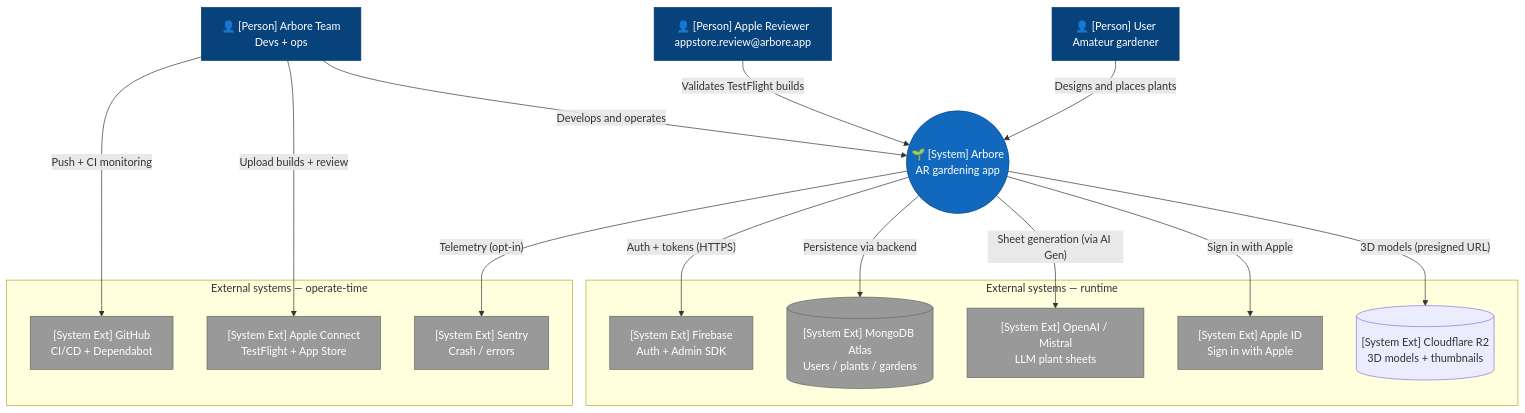
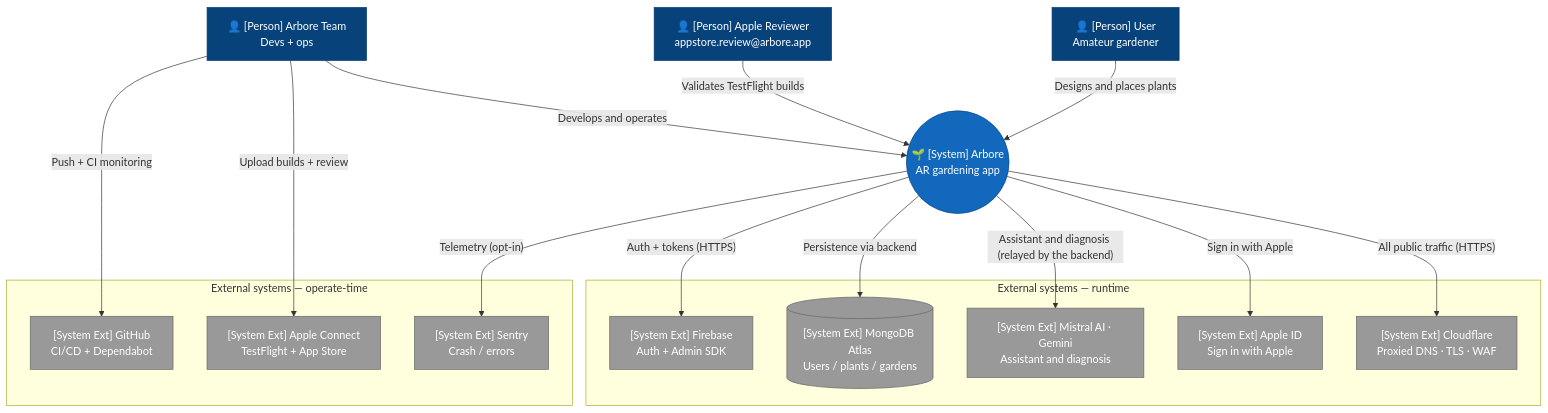
Before and after one commit to ArboreTeam/Arbore: the diagram in docs/en/architecture/01-context.md, drawn with Mermaid. The commit also changed other lines of this file and 3 other files, not shown here.

````diff
--- a/docs/en/architecture/01-context.md
+++ b/docs/en/architecture/01-context.md
@@ -9,47 +9,47 @@
 ```mermaid
 flowchart TB
     %% Actors
     user["👤 [Person] User<br/>Amateur gardener"]
     reviewer["👤 [Person] Apple Reviewer<br/>appstore.review@arbore.app"]
     team["👤 [Person] Arbore Team<br/>Devs + ops"]
 
     %% Central system
     arbore(("🌱 [System] Arbore<br/>AR gardening app"))
 
     %% External systems — runtime
     subgraph runtime["External systems — runtime"]
         firebase["[System Ext] Firebase<br/>Auth + Admin SDK"]
         mongo[("[System Ext] MongoDB Atlas<br/>Users / plants / gardens")]
-        openai["[System Ext] OpenAI / Mistral<br/>LLM plant sheets"]
+        llm["[System Ext] Mistral AI · Gemini<br/>Assistant and diagnosis"]
         apple_id["[System Ext] Apple ID<br/>Sign in with Apple"]
-        r2[("[System Ext] Cloudflare R2<br/>3D models + thumbnails")]
+        cloudflare["[System Ext] Cloudflare<br/>Proxied DNS · TLS · WAF"]
     end
 
     %% External systems — operate-time
     subgraph operate["External systems — operate-time"]
         github["[System Ext] GitHub<br/>CI/CD + Dependabot"]
         appstore["[System Ext] Apple Connect<br/>TestFlight + App Store"]
         sentry["[System Ext] Sentry<br/>Crash / errors"]
     end
 
     user      -- "Designs and places plants"          --> arbore
     reviewer  -- "Validates TestFlight builds"         --> arbore
     team      -- "Develops and operates"               --> arbore
 
     arbore    -- "Auth + tokens (HTTPS)"               --> firebase
     arbore    -- "Sign in with Apple"                  --> apple_id
     arbore    -- "Persistence via backend"             --> mongo
-    arbore    -- "Sheet generation (via AI Gen)"       --> openai
-    arbore    -- "3D models (presigned URL)"           --> r2
+    arbore    -- "Assistant and diagnosis (relayed by the backend)" --> llm
+    arbore    -- "All public traffic (HTTPS)"          --> cloudflare
     arbore    -- "Telemetry (opt-in)"                  --> sentry
 
     team      -- "Push + CI monitoring"                --> github
     team      -- "Upload builds + review"              --> appstore
 
     classDef person fill:#08427B,stroke:#073B6F,color:#fff
     classDef system fill:#1168BD,stroke:#0B4884,color:#fff
     classDef ext    fill:#999,stroke:#666,color:#fff
     class user,reviewer,team person
     class arbore system
-    class firebase,mongo,openai,apple_id,github,appstore,sentry ext
+    class firebase,mongo,llm,apple_id,cloudflare,github,appstore,sentry ext
 ```
````
